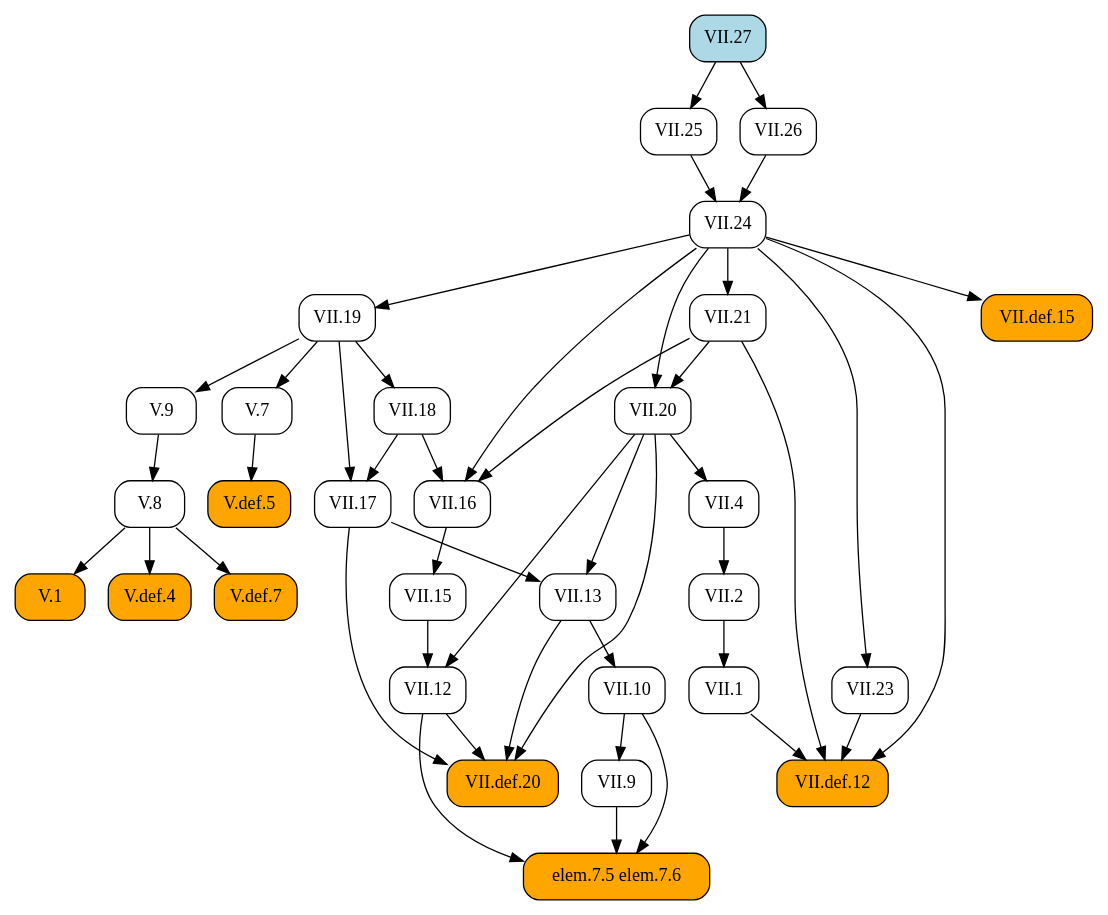
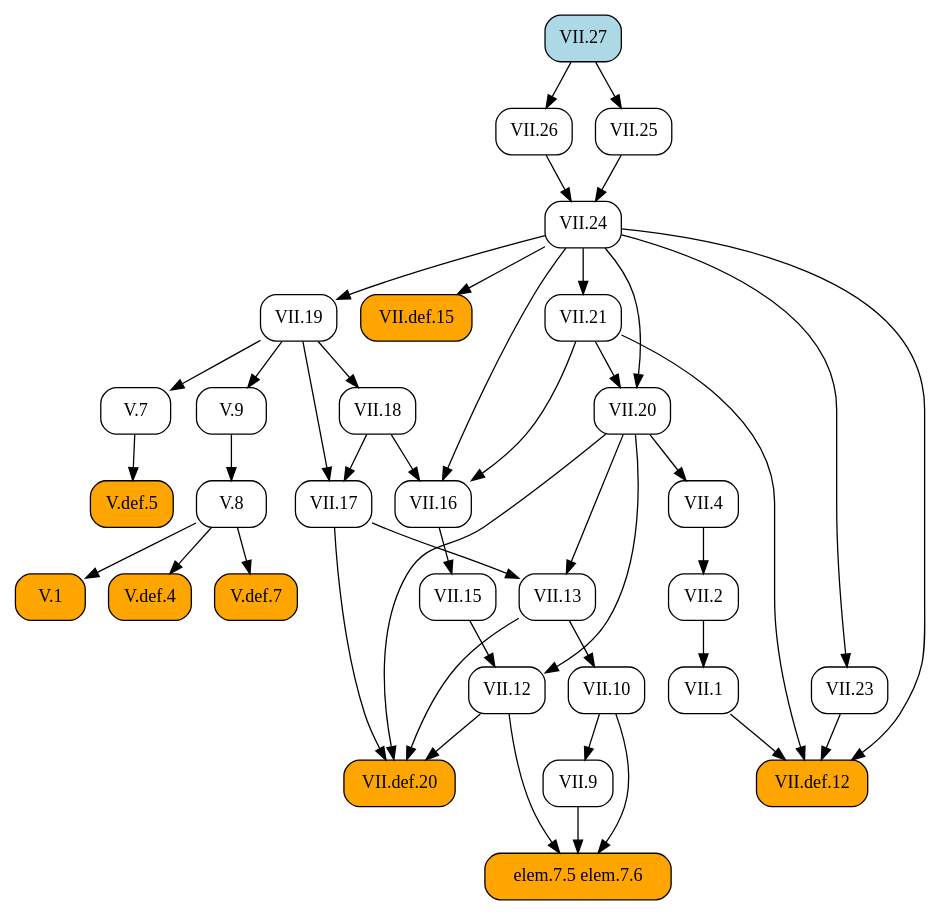
Before and after one commit to geometor/elements: the diagram in docsrc/heath/VII/27/index.rst, drawn with Graphviz. The commit also changed other lines of this file and 1029 other files, not shown here.

```diff
--- a/docsrc/heath/VII/27/index.rst
+++ b/docsrc/heath/VII/27/index.rst
@@ -36,80 +36,80 @@
 .. graphviz::
 
    digraph {
      rankdir="TB";
      node [shape=box, style=rounded];
-     "V.1" [style="rounded,filled", fillcolor=orange, URL="/heath/V/1/", target="_top"];
-     "VII.20" [URL="/heath/VII/20/", target="_top"];
-     "VII.12" [URL="/heath/VII/12/", target="_top"];
-     "VII.9" [URL="/heath/VII/9/", target="_top"];
-     "VII.23" [URL="/heath/VII/23/", target="_top"];
-     "VII.16" [URL="/heath/VII/16/", target="_top"];
-     "VII.13" [URL="/heath/VII/13/", target="_top"];
-     "VII.25" [URL="/heath/VII/25/", target="_top"];
-     "V.def.4" [style="rounded,filled", fillcolor=orange, URL="/heath/V/def.4/", target="_top"];
-     "VII.27" [style="rounded,filled", fillcolor=lightblue, URL="/heath/VII/27/", target="_top"];
-     "VII.def.15" [style="rounded,filled", fillcolor=orange, URL="/heath/VII/def.15/", target="_top"];
-     "VII.18" [URL="/heath/VII/18/", target="_top"];
+     "VII.def.12" [style="rounded,filled", fillcolor=orange, URL="/heath/VII/def.12/", target="_top"];
      "V.8" [URL="/heath/V/8/", target="_top"];
-     "VII.21" [URL="/heath/VII/21/", target="_top"];
-     "VII.24" [URL="/heath/VII/24/", target="_top"];
-     "V.7" [URL="/heath/V/7/", target="_top"];
-     "VII.19" [URL="/heath/VII/19/", target="_top"];
-     "VII.def.12" [style="rounded,filled", fillcolor=orange, URL="/heath/VII/def.12/", target="_top"];
-     "VII.15" [URL="/heath/VII/15/", target="_top"];
-     "VII.4" [URL="/heath/VII/4/", target="_top"];
-     "V.9" [URL="/heath/V/9/", target="_top"];
-     "VII.26" [URL="/heath/VII/26/", target="_top"];
-     "VII.2" [URL="/heath/VII/2/", target="_top"];
-     "VII.def.20" [style="rounded,filled", fillcolor=orange, URL="/heath/VII/def.20/", target="_top"];
-     "elem.7.5 elem.7.6" [style="rounded,filled", fillcolor=orange];
      "VII.1" [URL="/heath/VII/1/", target="_top"];
      "VII.10" [URL="/heath/VII/10/", target="_top"];
+     "VII.9" [URL="/heath/VII/9/", target="_top"];
+     "VII.def.15" [style="rounded,filled", fillcolor=orange, URL="/heath/VII/def.15/", target="_top"];
+     "V.def.5" [style="rounded,filled", fillcolor=orange, URL="/heath/V/def.5/", target="_top"];
+     "VII.19" [URL="/heath/VII/19/", target="_top"];
+     "VII.18" [URL="/heath/VII/18/", target="_top"];
+     "VII.16" [URL="/heath/VII/16/", target="_top"];
+     "VII.26" [URL="/heath/VII/26/", target="_top"];
+     "VII.4" [URL="/heath/VII/4/", target="_top"];
+     "VII.25" [URL="/heath/VII/25/", target="_top"];
+     "VII.21" [URL="/heath/VII/21/", target="_top"];
+     "V.1" [style="rounded,filled", fillcolor=orange, URL="/heath/V/1/", target="_top"];
+     "VII.17" [URL="/heath/VII/17/", target="_top"];
+     "elem.7.5 elem.7.6" [style="rounded,filled", fillcolor=orange];
+     "VII.20" [URL="/heath/VII/20/", target="_top"];
+     "VII.15" [URL="/heath/VII/15/", target="_top"];
+     "V.7" [URL="/heath/V/7/", target="_top"];
+     "VII.27" [style="rounded,filled", fillcolor=lightblue, URL="/heath/VII/27/", target="_top"];
+     "V.9" [URL="/heath/V/9/", target="_top"];
+     "V.def.4" [style="rounded,filled", fillcolor=orange, URL="/heath/V/def.4/", target="_top"];
+     "VII.13" [URL="/heath/VII/13/", target="_top"];
+     "VII.2" [URL="/heath/VII/2/", target="_top"];
      "V.def.7" [style="rounded,filled", fillcolor=orange, URL="/heath/V/def.7/", target="_top"];
-     "V.def.5" [style="rounded,filled", fillcolor=orange, URL="/heath/V/def.5/", target="_top"];
-     "VII.17" [URL="/heath/VII/17/", target="_top"];
-     "V.8" -> "V.1";
-     "VII.21" -> "VII.20";
-     "VII.24" -> "VII.20";
-     "VII.15" -> "VII.12";
-     "VII.20" -> "VII.12";
-     "VII.10" -> "VII.9";
-     "VII.24" -> "VII.23";
-     "VII.18" -> "VII.16";
-     "VII.21" -> "VII.16";
-     "VII.24" -> "VII.16";
-     "VII.17" -> "VII.13";
-     "VII.20" -> "VII.13";
-     "VII.27" -> "VII.25";
-     "V.8" -> "V.def.4";
-     "VII.24" -> "VII.def.15";
-     "VII.19" -> "VII.18";
-     "V.9" -> "V.8";
-     "VII.24" -> "VII.21";
-     "VII.25" -> "VII.24";
-     "VII.26" -> "VII.24";
-     "VII.19" -> "V.7";
-     "VII.24" -> "VII.19";
+     "VII.12" [URL="/heath/VII/12/", target="_top"];
+     "VII.23" [URL="/heath/VII/23/", target="_top"];
+     "VII.24" [URL="/heath/VII/24/", target="_top"];
+     "VII.def.20" [style="rounded,filled", fillcolor=orange, URL="/heath/VII/def.20/", target="_top"];
      "VII.1" -> "VII.def.12";
      "VII.21" -> "VII.def.12";
      "VII.23" -> "VII.def.12";
      "VII.24" -> "VII.def.12";
+     "V.9" -> "V.8";
+     "VII.2" -> "VII.1";
+     "VII.13" -> "VII.10";
+     "VII.10" -> "VII.9";
+     "VII.24" -> "VII.def.15";
+     "V.7" -> "V.def.5";
+     "VII.24" -> "VII.19";
+     "VII.19" -> "VII.18";
+     "VII.18" -> "VII.16";
+     "VII.21" -> "VII.16";
+     "VII.24" -> "VII.16";
+     "VII.27" -> "VII.26";
+     "VII.20" -> "VII.4";
+     "VII.27" -> "VII.25";
+     "VII.24" -> "VII.21";
+     "V.8" -> "V.1";
+     "VII.18" -> "VII.17";
+     "VII.19" -> "VII.17";
+     "VII.9" -> "elem.7.5 elem.7.6";
+     "VII.10" -> "elem.7.5 elem.7.6";
+     "VII.12" -> "elem.7.5 elem.7.6";
+     "VII.21" -> "VII.20";
+     "VII.24" -> "VII.20";
      "VII.16" -> "VII.15";
-     "VII.20" -> "VII.4";
+     "VII.19" -> "V.7";
      "VII.19" -> "V.9";
-     "VII.27" -> "VII.26";
+     "V.8" -> "V.def.4";
+     "VII.17" -> "VII.13";
+     "VII.20" -> "VII.13";
      "VII.4" -> "VII.2";
+     "V.8" -> "V.def.7";
+     "VII.15" -> "VII.12";
+     "VII.20" -> "VII.12";
+     "VII.24" -> "VII.23";
+     "VII.25" -> "VII.24";
+     "VII.26" -> "VII.24";
      "VII.12" -> "VII.def.20";
      "VII.13" -> "VII.def.20";
      "VII.17" -> "VII.def.20";
      "VII.20" -> "VII.def.20";
-     "VII.9" -> "elem.7.5 elem.7.6";
-     "VII.10" -> "elem.7.5 elem.7.6";
-     "VII.12" -> "elem.7.5 elem.7.6";
-     "VII.2" -> "VII.1";
-     "VII.13" -> "VII.10";
-     "V.8" -> "V.def.7";
-     "V.7" -> "V.def.5";
-     "VII.18" -> "VII.17";
-     "VII.19" -> "VII.17";
    }
```
